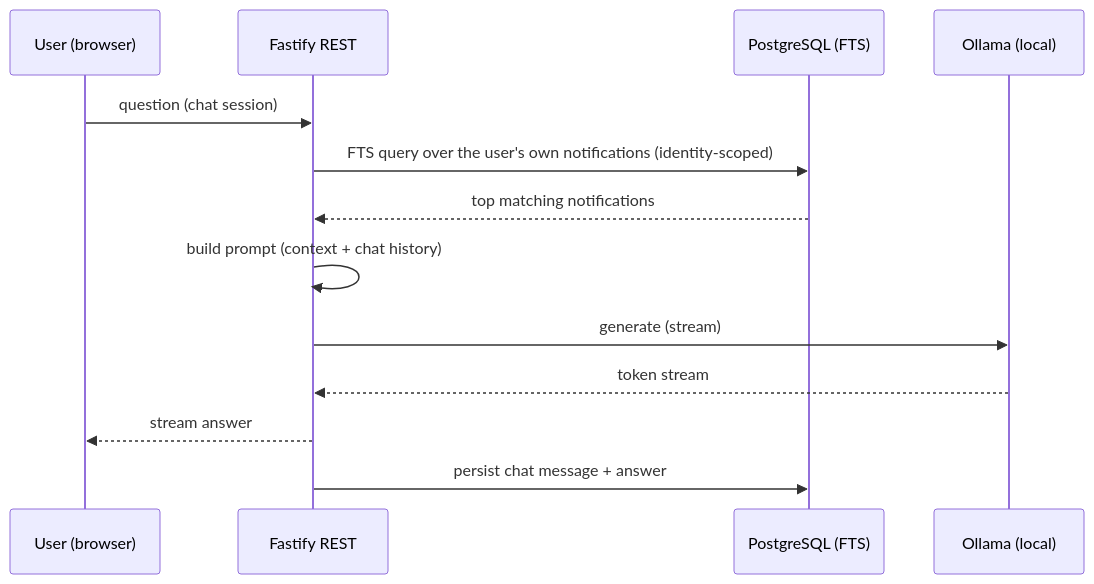
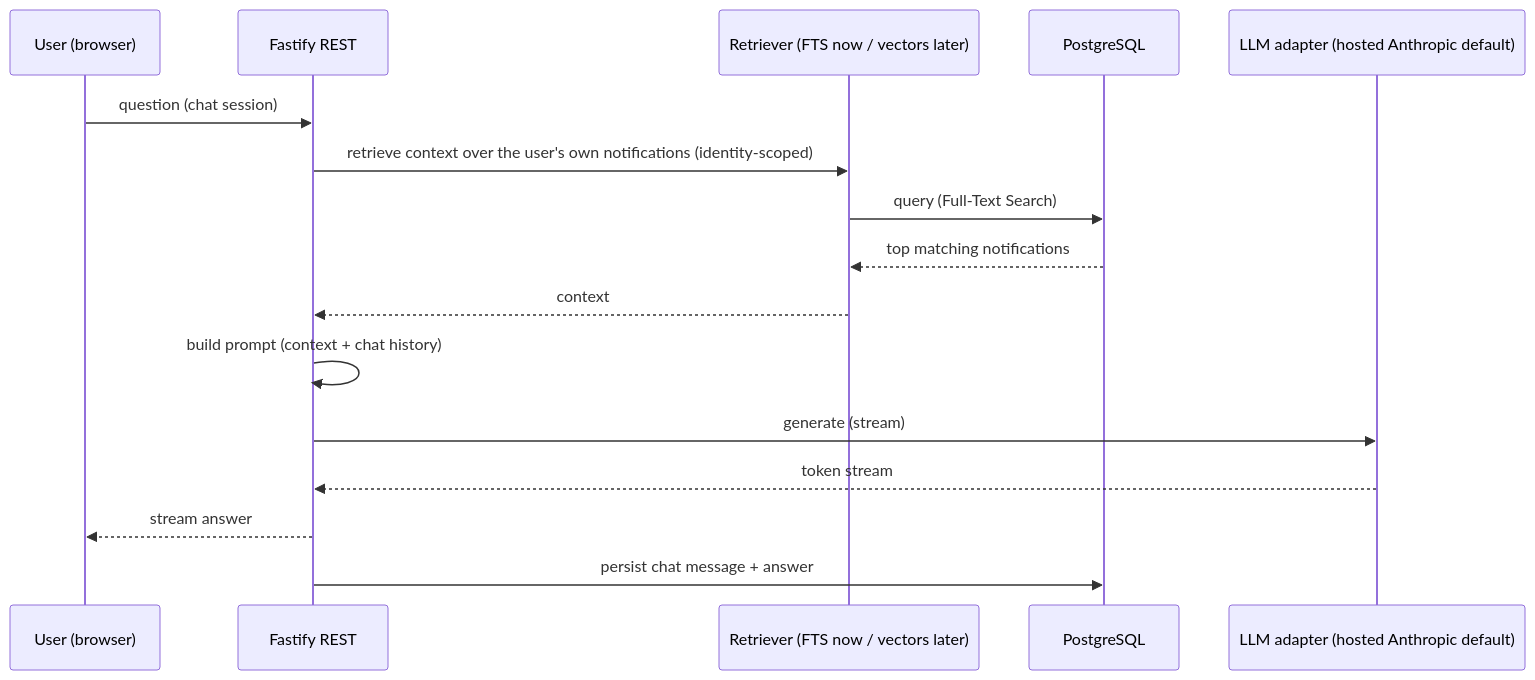
Before and after one commit to SohaibShah/centralized-notifications: the third of 6 diagrams in docs/architecture.md, drawn with Mermaid. The commit also changed other lines of this file and 5 other files, not shown here.

First line of the commit message:
docs: revise SRS v1.3 (per-team/role, roadmap, prototype auth) + add implementation plan

````diff
--- a/docs/architecture.md
+++ b/docs/architecture.md
@@ -243,15 +262,18 @@
 ```mermaid
 sequenceDiagram
   participant U as User (browser)
   participant API as Fastify REST
-  participant DB as PostgreSQL (FTS)
-  participant LLM as Ollama (local)
+  participant R as Retriever (FTS now / vectors later)
+  participant DB as PostgreSQL
+  participant LLM as LLM adapter (hosted Anthropic default)
   U->>API: question (chat session)
-  API->>DB: FTS query over the user's own notifications (identity-scoped)
-  DB-->>API: top matching notifications
+  API->>R: retrieve context over the user's own notifications (identity-scoped)
+  R->>DB: query (Full-Text Search)
+  DB-->>R: top matching notifications
+  R-->>API: context
   API->>API: build prompt (context + chat history)
   API->>LLM: generate (stream)
   LLM-->>API: token stream
   API-->>U: stream answer
   API->>DB: persist chat message + answer
 ```
````
